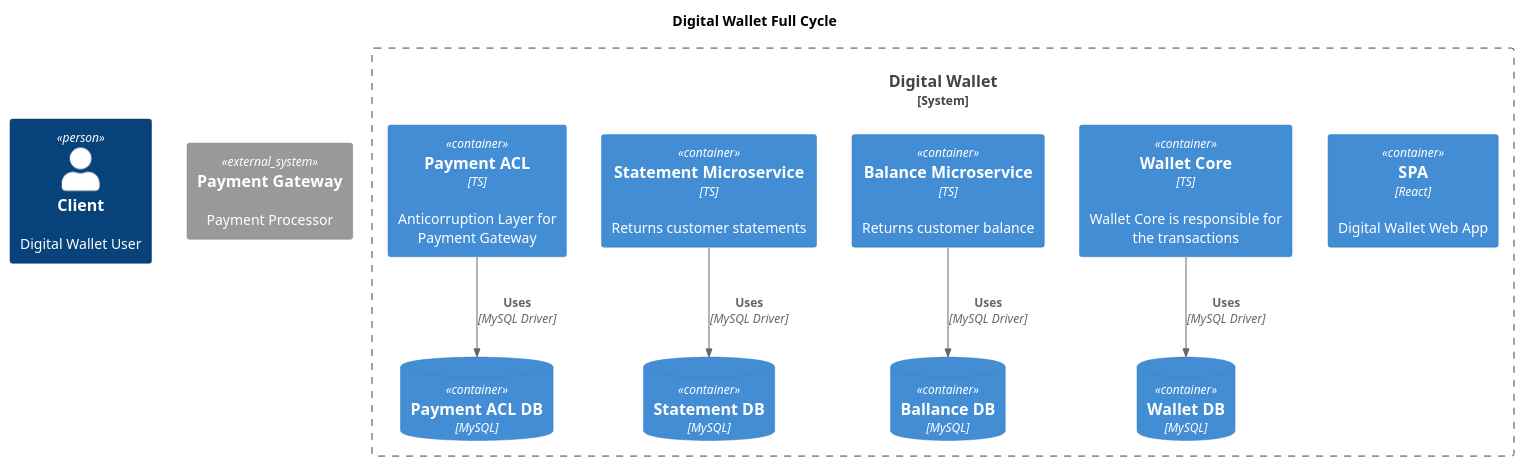
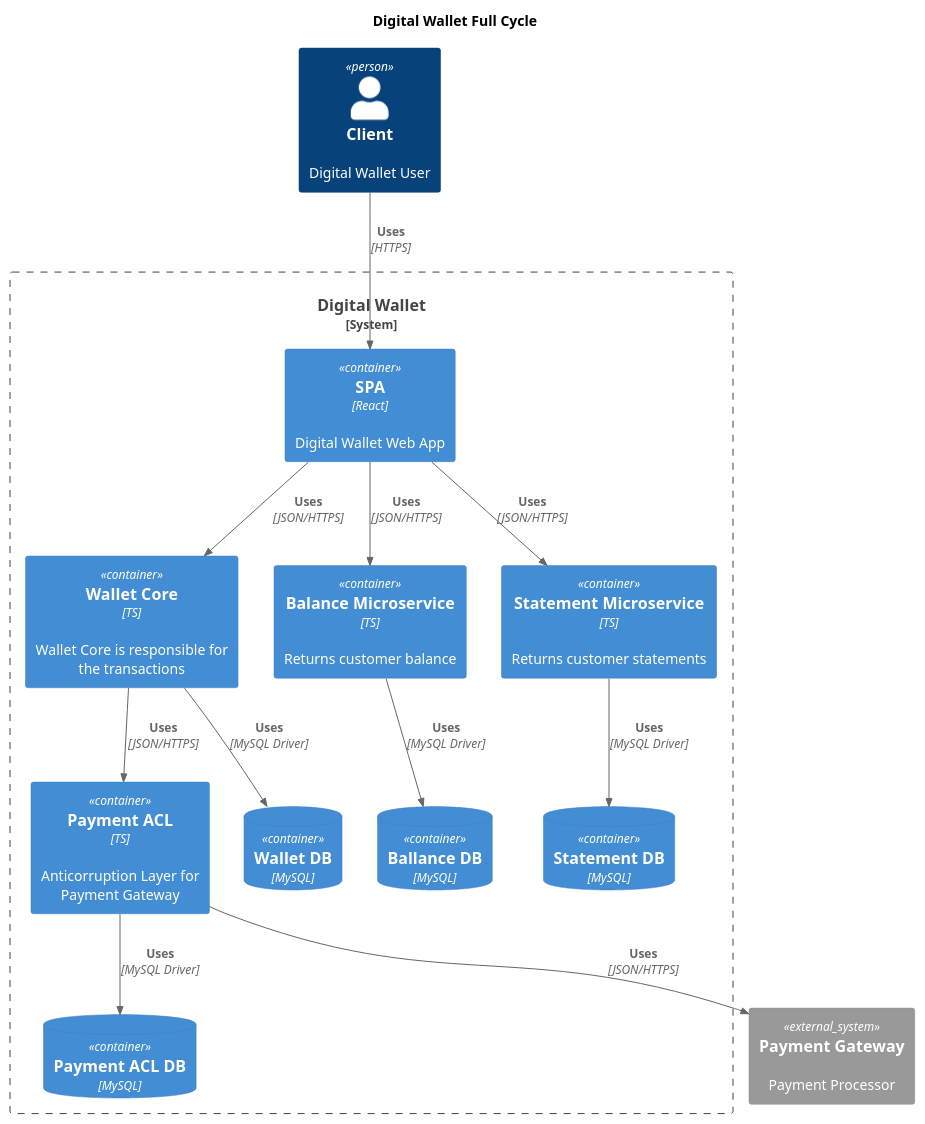
The diagram in containers.puml (a-martins/digital-wallet-plant-uml), drawn with PlantUML before and after one commit.

Commit message:
Adding relationship between microservices

```diff
--- a/containers.puml
+++ b/containers.puml
@@ -1,30 +1,38 @@
 @startuml
 !include https://raw.githubusercontent.com/plantuml-stdlib/C4-PlantUML/master/C4_Container.puml
 
 title "Digital Wallet Full Cycle"
 
 Person(client, "Client", "Digital Wallet User")
 
 System_Ext(payment_gateway, "Payment Gateway", "Payment Processor")
 
 System_Boundary(digital_wallet, "Digital Wallet"){
   Container(spa, "SPA", "React", "Digital Wallet Web App")
   Container(wallet_core, "Wallet Core", "TS", "Wallet Core is responsible for the transactions")
   Container(balance_service, "Balance Microservice", "TS", "Returns customer balance")
   Container(statement_service, "Statement Microservice", "TS", "Returns customer statements")
   Container(payment_acl, "Payment ACL", "TS", "Anticorruption Layer for Payment Gateway")
 
   ContainerDb(wallet_core_db, "Wallet DB", "MySQL")
   Rel(wallet_core, wallet_core_db, "Uses", "MySQL Driver")
 
   ContainerDb(ballance_db, "Ballance DB", "MySQL")
   Rel(balance_service, ballance_db, "Uses", "MySQL Driver")
 
   ContainerDb(statement_db, "Statement DB", "MySQL")
   Rel(statement_service, statement_db, "Uses", "MySQL Driver")
 
   ContainerDb(payment_acl_db, "Payment ACL DB", "MySQL")
   Rel(payment_acl, payment_acl_db, "Uses", "MySQL Driver")
+
+  Rel(client, spa, "Uses", "HTTPS")
+  Rel(spa, wallet_core, "Uses", "JSON/HTTPS")
+  Rel(spa, balance_service, "Uses", "JSON/HTTPS")
+  Rel(spa, statement_service, "Uses", "JSON/HTTPS")
+
+  Rel(wallet_core, payment_acl, "Uses", "JSON/HTTPS")
+  Rel(payment_acl, payment_gateway, "Uses", "JSON/HTTPS")
 }
 
 @enduml
```
